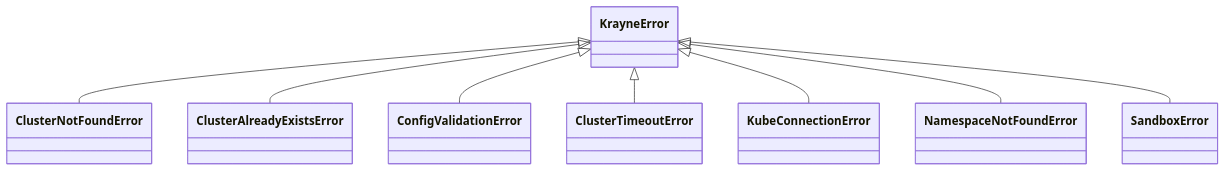
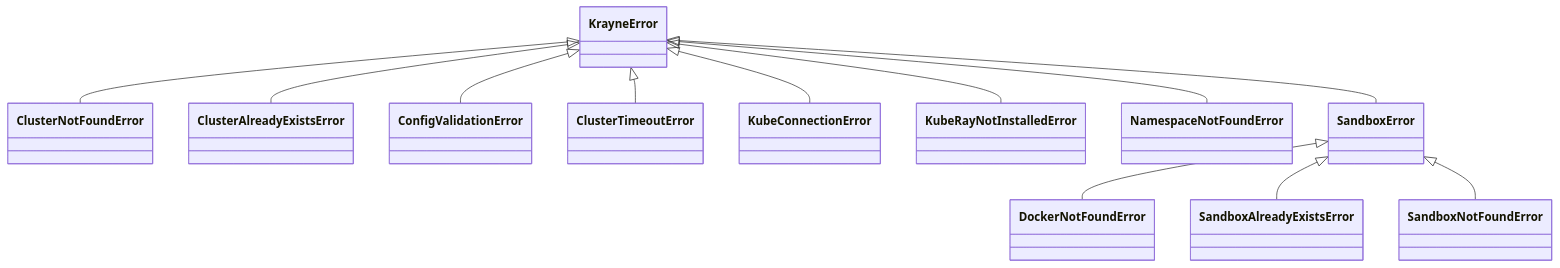
The fourth of 4 diagrams in docs/architecture.md (roulbac/krayne), drawn with Mermaid before and after one commit. The commit also changed other lines of this file and 14 other files, not shown here.

````diff
--- a/docs/architecture.md
+++ b/docs/architecture.md
@@ -168,10 +168,14 @@
 ```mermaid
 classDiagram
   KrayneError <|-- ClusterNotFoundError
   KrayneError <|-- ClusterAlreadyExistsError
   KrayneError <|-- ConfigValidationError
   KrayneError <|-- ClusterTimeoutError
   KrayneError <|-- KubeConnectionError
+  KrayneError <|-- KubeRayNotInstalledError
   KrayneError <|-- NamespaceNotFoundError
   KrayneError <|-- SandboxError
+  SandboxError <|-- DockerNotFoundError
+  SandboxError <|-- SandboxAlreadyExistsError
+  SandboxError <|-- SandboxNotFoundError
 ```
````
